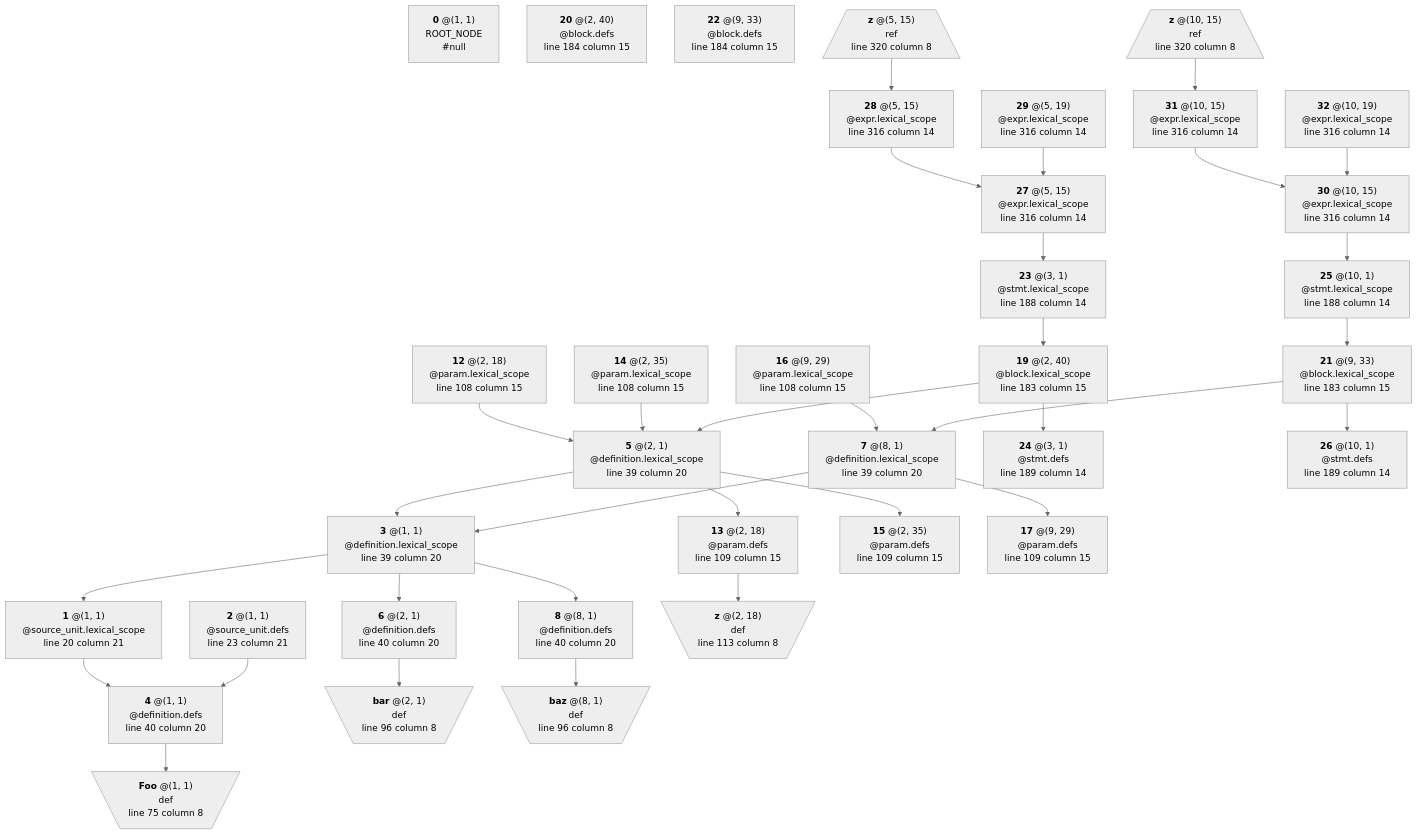
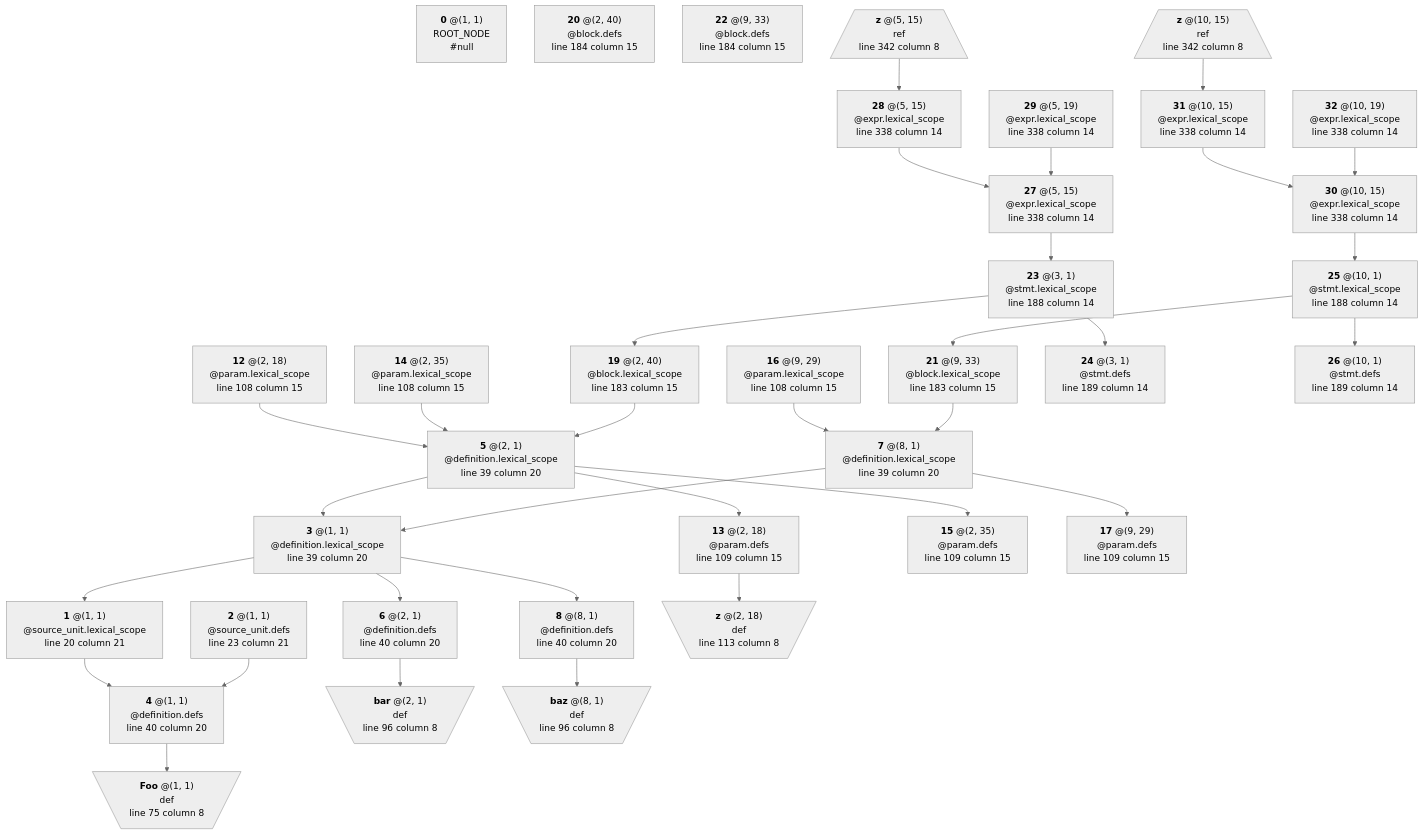
Before and after one commit to manastech/slang: the diagram in crates/solidity/testing/snapshots/bindings_output/lexical/generated/params.sol.mmd, drawn with Mermaid (neutral theme). The commit also changed 7 other files, not shown here.

```diff
--- a/crates/solidity/testing/snapshots/bindings_output/lexical/generated/params.sol.mmd
+++ b/crates/solidity/testing/snapshots/bindings_output/lexical/generated/params.sol.mmd
@@ -1,137 +1,137 @@
 graph TD
 	N0["`**0** @(1, 1)
 ROOT_NODE
 #null`"]
 	N1["`**1** @(1, 1)
 @source_unit.lexical_scope
 line 20 column 21`"]
 	N1 --> N4
 	N2["`**2** @(1, 1)
 @source_unit.defs
 line 23 column 21`"]
 	N2 --> N4
 	N3["`**3** @(1, 1)
 @definition.lexical_scope
 line 39 column 20`"]
 	N3 --> N1
 	N3 --> N6
 	N3 --> N8
 	N4["`**4** @(1, 1)
 @definition.defs
 line 40 column 20`"]
 	N4 --> N9
 	N5["`**5** @(2, 1)
 @definition.lexical_scope
 line 39 column 20`"]
 	N5 --> N3
 	N5 --> N13
 	N5 --> N15
 	N6["`**6** @(2, 1)
 @definition.defs
 line 40 column 20`"]
 	N6 --> N10
 	N7["`**7** @(8, 1)
 @definition.lexical_scope
 line 39 column 20`"]
 	N7 --> N3
 	N7 --> N17
 	N8["`**8** @(8, 1)
 @definition.defs
 line 40 column 20`"]
 	N8 --> N11
 	N9[\"`**Foo** @(1, 1)
 def
 line 75 column 8`"/]
 	N10[\"`**bar** @(2, 1)
 def
 line 96 column 8`"/]
 	N11[\"`**baz** @(8, 1)
 def
 line 96 column 8`"/]
 	N12["`**12** @(2, 18)
 @param.lexical_scope
 line 108 column 15`"]
 	N12 --> N5
 	N13["`**13** @(2, 18)
 @param.defs
 line 109 column 15`"]
 	N13 --> N18
 	N14["`**14** @(2, 35)
 @param.lexical_scope
 line 108 column 15`"]
 	N14 --> N5
 	N15["`**15** @(2, 35)
 @param.defs
 line 109 column 15`"]
 	N16["`**16** @(9, 29)
 @param.lexical_scope
 line 108 column 15`"]
 	N16 --> N7
 	N17["`**17** @(9, 29)
 @param.defs
 line 109 column 15`"]
 	N18[\"`**z** @(2, 18)
 def
 line 113 column 8`"/]
 	N19["`**19** @(2, 40)
 @block.lexical_scope
 line 183 column 15`"]
 	N19 --> N5
-	N19 --> N24
 	N20["`**20** @(2, 40)
 @block.defs
 line 184 column 15`"]
 	N21["`**21** @(9, 33)
 @block.lexical_scope
 line 183 column 15`"]
 	N21 --> N7
-	N21 --> N26
 	N22["`**22** @(9, 33)
 @block.defs
 line 184 column 15`"]
 	N23["`**23** @(3, 1)
 @stmt.lexical_scope
 line 188 column 14`"]
 	N23 --> N19
+	N23 --> N24
 	N24["`**24** @(3, 1)
 @stmt.defs
 line 189 column 14`"]
 	N25["`**25** @(10, 1)
 @stmt.lexical_scope
 line 188 column 14`"]
 	N25 --> N21
+	N25 --> N26
 	N26["`**26** @(10, 1)
 @stmt.defs
 line 189 column 14`"]
 	N27["`**27** @(5, 15)
 @expr.lexical_scope
-line 316 column 14`"]
+line 338 column 14`"]
 	N27 --> N23
 	N28["`**28** @(5, 15)
 @expr.lexical_scope
-line 316 column 14`"]
+line 338 column 14`"]
 	N28 --> N27
 	N29["`**29** @(5, 19)
 @expr.lexical_scope
-line 316 column 14`"]
+line 338 column 14`"]
 	N29 --> N27
 	N30["`**30** @(10, 15)
 @expr.lexical_scope
-line 316 column 14`"]
+line 338 column 14`"]
 	N30 --> N25
 	N31["`**31** @(10, 15)
 @expr.lexical_scope
-line 316 column 14`"]
+line 338 column 14`"]
 	N31 --> N30
 	N32["`**32** @(10, 19)
 @expr.lexical_scope
-line 316 column 14`"]
+line 338 column 14`"]
 	N32 --> N30
 	N33[/"`**z** @(5, 15)
 ref
-line 320 column 8`"\]
+line 342 column 8`"\]
 	N33 --> N28
 	N34[/"`**z** @(10, 15)
 ref
-line 320 column 8`"\]
+line 342 column 8`"\]
 	N34 --> N31
```
